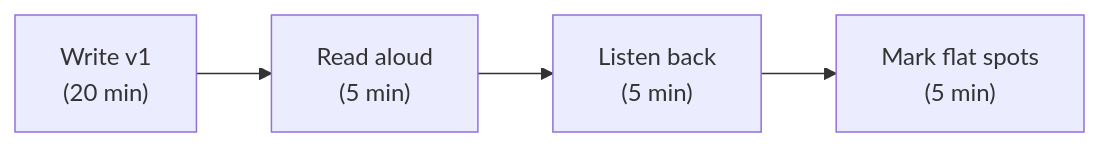
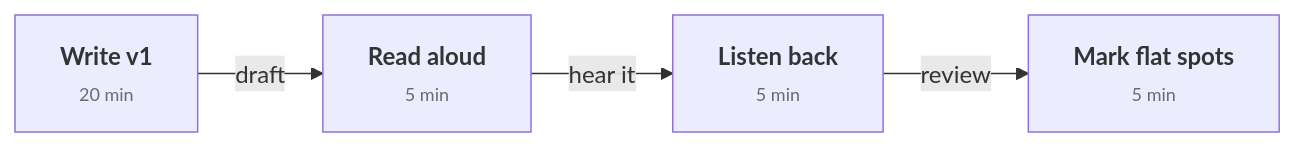
One commit to leotansingapore/aia-product-compass-hub changed the diagram in docs/next-60-days/week-1/day-04.md. Above: the diagram before and after it, drawn with Mermaid.

````diff
--- a/docs/next-60-days/week-1/day-04.md
+++ b/docs/next-60-days/week-1/day-04.md
@@ -83,6 +83,10 @@
 ```mermaid
 flowchart LR
-    W["Write v1<br/>(20 min)"] --> R["Read aloud<br/>(5 min)"]
-    R --> L["Listen back<br/>(5 min)"]
-    L --> M["Mark flat spots<br/>(5 min)"]
+    W["<b>Write v1</b><br/><span style='font-size:12px;opacity:0.7'>20 min</span>"]
+    R["<b>Read aloud</b><br/><span style='font-size:12px;opacity:0.7'>5 min</span>"]
+    L["<b>Listen back</b><br/><span style='font-size:12px;opacity:0.7'>5 min</span>"]
+    M["<b>Mark flat spots</b><br/><span style='font-size:12px;opacity:0.7'>5 min</span>"]
+    W -->|draft| R
+    R -->|hear it| L
+    L -->|review| M
 ```
````
